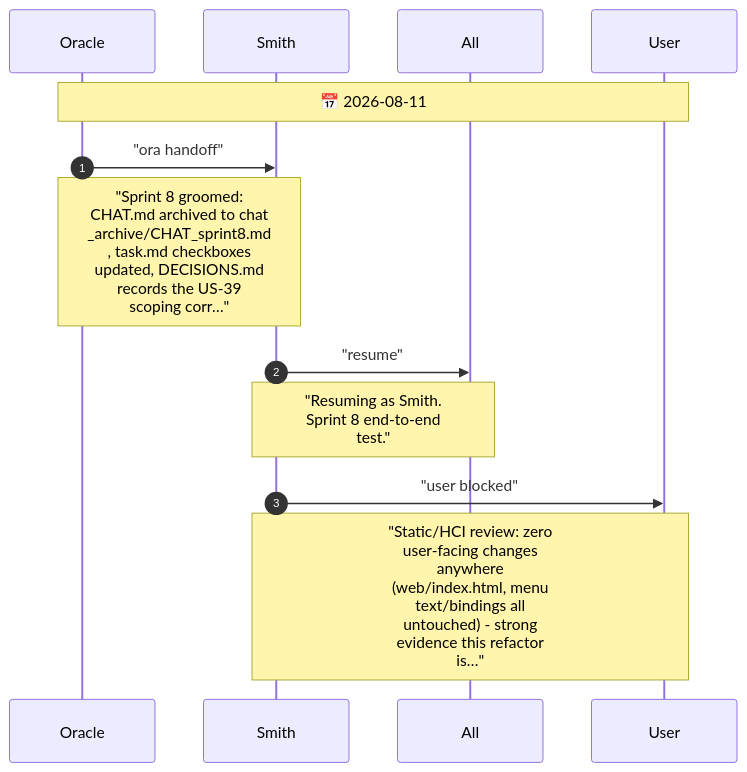
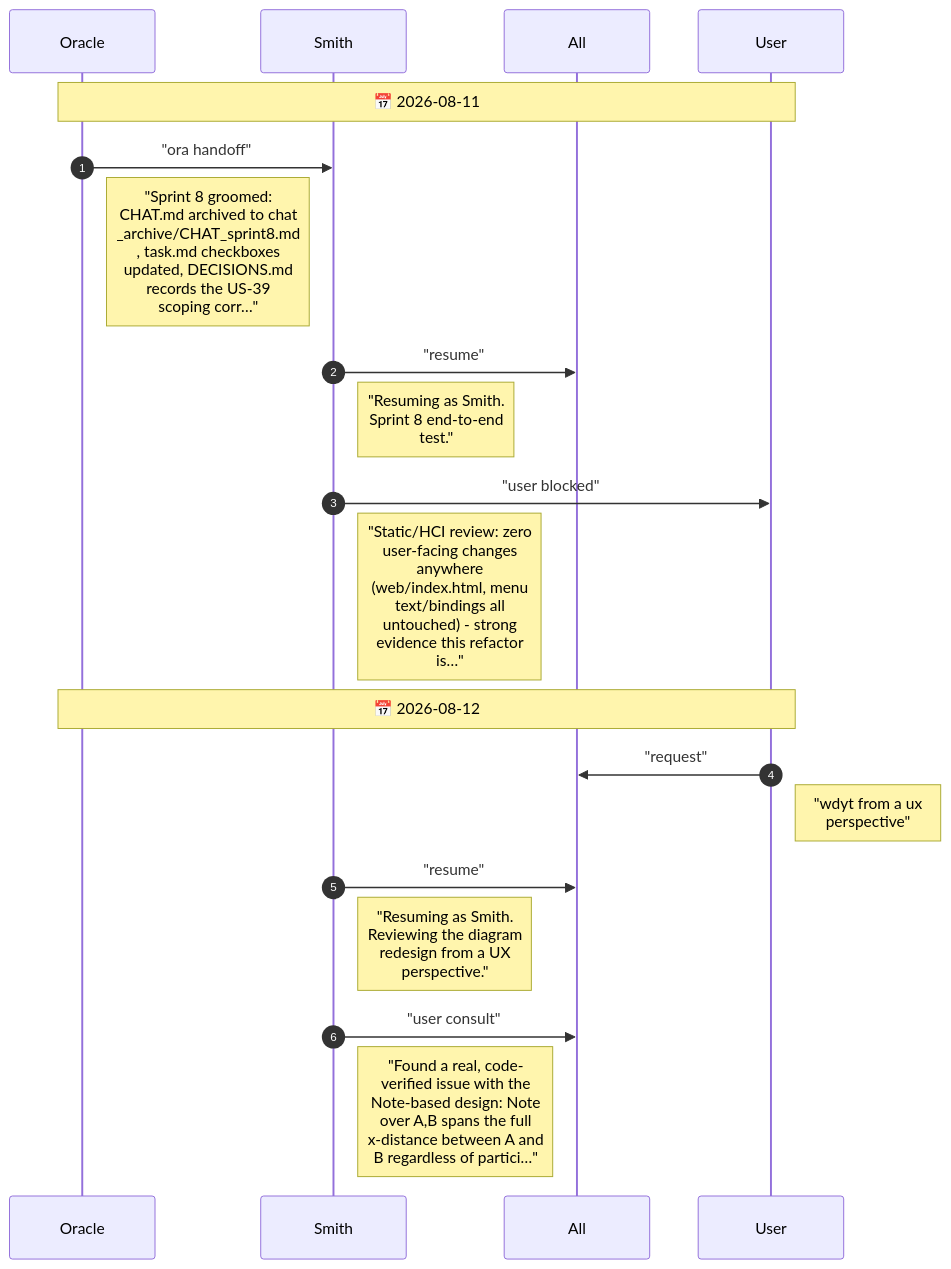
The diagram in agents/CHAT.diagram.md (drusifer/Sirtet), drawn with Mermaid before and after one commit. The commit also changed 6 other files, not shown here.

First line of the commit message:
fix(docs): anchor per-message diagram notes to sender, not sender-recipient span

````diff
--- a/agents/CHAT.diagram.md
+++ b/agents/CHAT.diagram.md
@@ -5,16 +5,23 @@
 ```mermaid
 %%{init: {"sequence": {"messageFontSize": 14, "noteFontSize": 18, "actorFontSize": 14}}}%%
 sequenceDiagram
     autonumber
     participant Oracle
     participant Smith
     participant All
     participant User
     Note over Oracle,User: 📅 2026-08-11
     Oracle->>Smith: "ora handoff"
-    Note over Oracle,Smith: "Sprint 8 groomed:<br/>CHAT.md archived to chat<br/>_archive/CHAT_sprint8.md<br/>, task.md checkboxes<br/>updated, DECISIONS.md<br/>records the US-39<br/>scoping corr…"
+    Note right of Oracle: "Sprint 8 groomed:<br/>CHAT.md archived to chat<br/>_archive/CHAT_sprint8.md<br/>, task.md checkboxes<br/>updated, DECISIONS.md<br/>records the US-39<br/>scoping corr…"
     Smith->>All: "resume"
-    Note over Smith,All: "Resuming as Smith.<br/>Sprint 8 end-to-end<br/>test."
+    Note right of Smith: "Resuming as Smith.<br/>Sprint 8 end-to-end<br/>test."
     Smith->>User: "user blocked"
-    Note over Smith,User: "Static/HCI review: zero<br/>user-facing changes<br/>anywhere<br/>(web/index.html, menu<br/>text/bindings all<br/>untouched) - strong<br/>evidence this refactor<br/>is…"
+    Note right of Smith: "Static/HCI review: zero<br/>user-facing changes<br/>anywhere<br/>(web/index.html, menu<br/>text/bindings all<br/>untouched) - strong<br/>evidence this refactor<br/>is…"
+    Note over Oracle,User: 📅 2026-08-12
+    User->>All: "request"
+    Note right of User: "wdyt from a ux<br/>perspective"
+    Smith->>All: "resume"
+    Note right of Smith: "Resuming as Smith.<br/>Reviewing the diagram<br/>redesign from a UX<br/>perspective."
+    Smith->>All: "user consult"
+    Note right of Smith: "Found a real, code-<br/>verified issue with the<br/>Note-based design: Note<br/>over A,B spans the full<br/>x-distance between A and<br/>B regardless of partici…"
 ```
````
